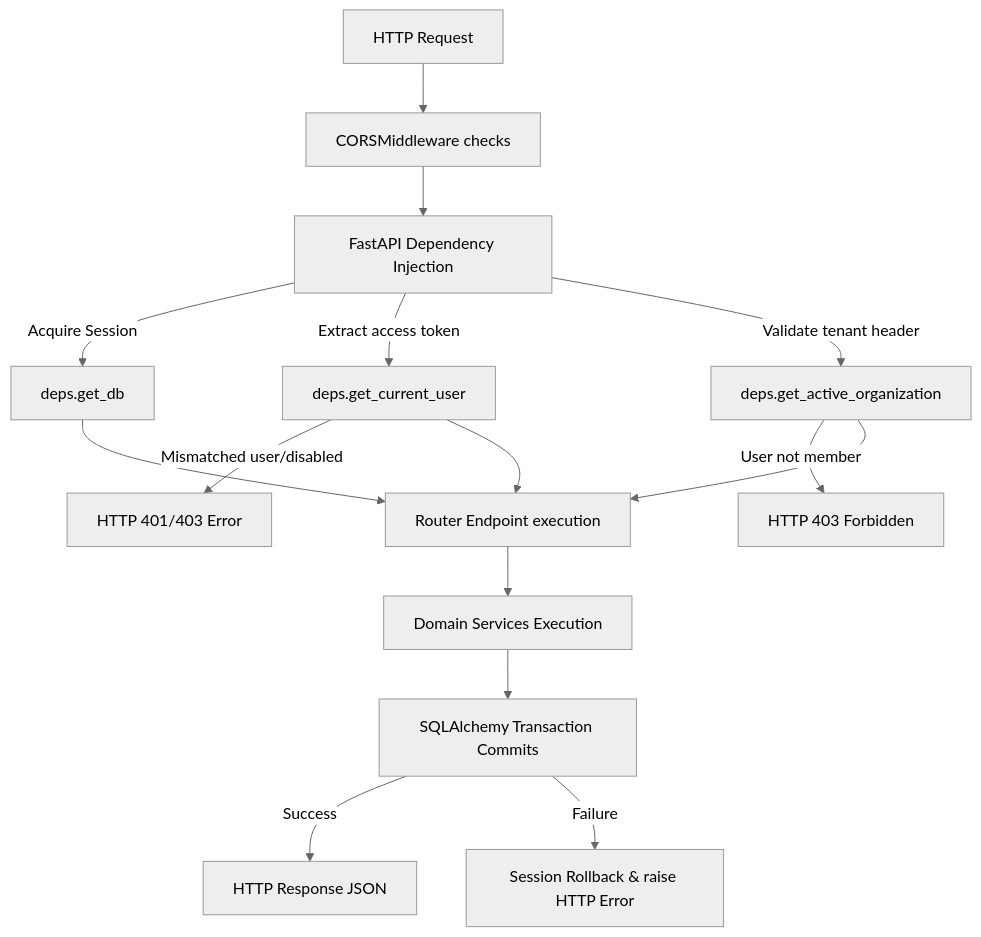
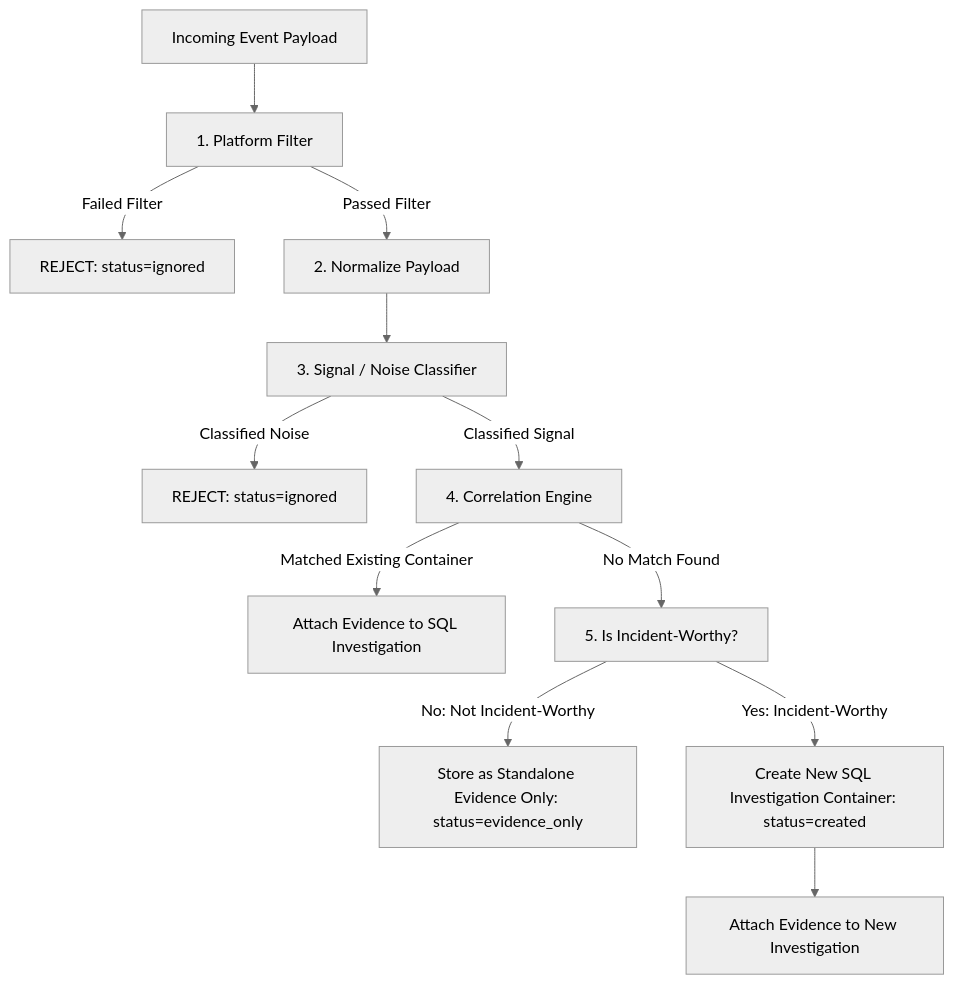
One commit to adhish1478/operational-intelligence-platform changed the diagram in backend/docs/ARCHITECTURE.md. Above: the diagram before and after it, drawn with Mermaid (neutral theme). The commit also changed other lines of this file and 10 other files, not shown here.

Commit message:
feat(ingest): implement rule-based signal classification, standalone evidence routing, and Mongo test isolation

````diff
--- a/backend/docs/ARCHITECTURE.md
+++ b/backend/docs/ARCHITECTURE.md
@@ -104,15 +46,17 @@
 ```mermaid
 graph TD
-    A[HTTP Request] --> B[CORSMiddleware checks]
-    B --> C[FastAPI Dependency Injection]
-    C -->|Acquire Session| D[deps.get_db]
-    C -->|Extract access token| E[deps.get_current_user]
-    C -->|Validate tenant header| F[deps.get_active_organization]
-    E -->|Mismatched user/disabled| G[HTTP 401/403 Error]
-    F -->|User not member| H[HTTP 403 Forbidden]
-    D & E & F --> I[Router Endpoint execution]
-    I --> J[Domain Services Execution]
-    J --> K[SQLAlchemy Transaction Commits]
-    K -->|Success| L[HTTP Response JSON]
-    K -->|Failure| M[Session Rollback & raise HTTP Error]
+    A[Incoming Event Payload] --> B[1. Platform Filter]
+    B -- Failed Filter --> C[REJECT: status=ignored]
+    B -- Passed Filter --> D[2. Normalize Payload]
+    
+    D --> E[3. Signal / Noise Classifier]
+    E -- Classified Noise --> F[REJECT: status=ignored]
+    E -- Classified Signal --> G[4. Correlation Engine]
+    
+    G -- Matched Existing Container --> H[Attach Evidence to SQL Investigation]
+    G -- No Match Found --> I[5. Is Incident-Worthy?]
+    
+    I -- No: Not Incident-Worthy --> J[Store as Standalone Evidence Only: status=evidence_only]
+    I -- Yes: Incident-Worthy --> K[Create New SQL Investigation Container: status=created]
+    K --> L[Attach Evidence to New Investigation]
 ```
````
